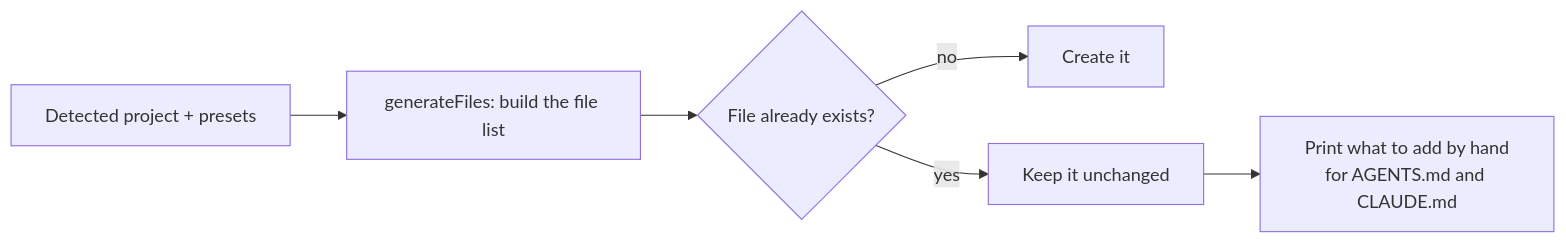
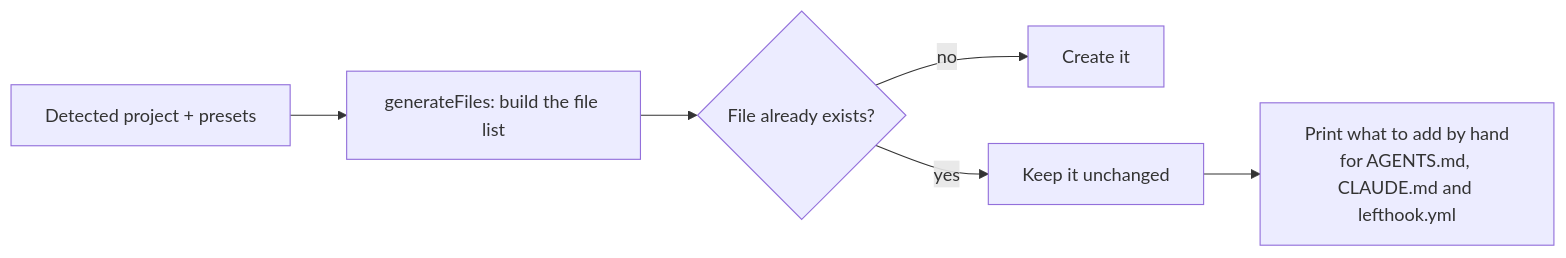
The diagram in docs/wiki/en/features/generated-files.md (RedLucky/agent-initiator), drawn with Mermaid before and after one commit. The commit also changed other lines of this file and 14 other files, not shown here.

First line of the commit message:
fix(TASK-7109): install lefthook hooks after init writes lefthook.yml

````diff
--- a/docs/wiki/en/features/generated-files.md
+++ b/docs/wiki/en/features/generated-files.md
@@ -23,8 +23,8 @@
 ```mermaid
 flowchart LR
     P[Detected project + presets] --> G[generateFiles: build the file list]
     G --> W{File already exists?}
     W -- no --> C[Create it]
     W -- yes --> K[Keep it unchanged]
-    K --> M[Print what to add by hand<br/>for AGENTS.md and CLAUDE.md]
+    K --> M[Print what to add by hand<br/>for AGENTS.md, CLAUDE.md and lefthook.yml]
 ```
````
